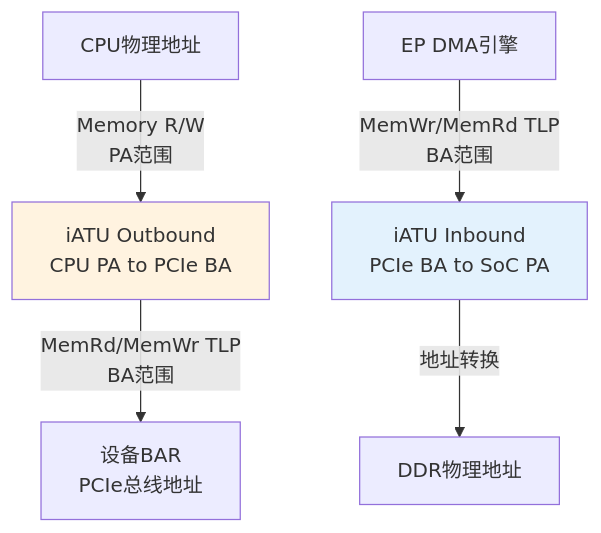
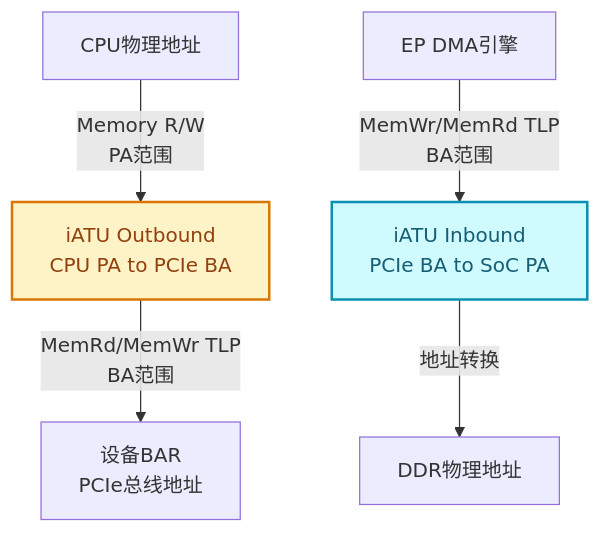
Before and after one commit to swjtuer326/cs-learning-notes: the fifth of 5 diagrams in pcie/bar-resource-allocation.md, drawn with Mermaid. The commit also changed other lines of this file and 1 other file, not shown here.

First line of the commit message:
docs(pcie): 重构BAR资源分配文档，修复ECAM图表格式

````diff
--- a/pcie/bar-resource-allocation.md
+++ b/pcie/bar-resource-allocation.md
@@ -504,11 +748,14 @@
 ```mermaid
 %%{init: {"theme": "base", "themeVariables": {"primaryColor": "#f8fafc", "primaryTextColor": "#1e293b", "primaryBorderColor": "#475569", "lineColor": "#64748b", "secondaryColor": "#f1f5f9", "secondaryBorderColor": "#94a3b8", "tertiaryColor": "#f8fafc", "fontFamily": ""trebuchet ms", verdana, arial, sans-serif"}}}%%
 graph TD
     CPU["CPU物理地址"] -->|"Memory R/W<br/>PA范围"| OUT["iATU Outbound<br/>CPU PA to PCIe BA"]
     OUT -->|"MemRd/MemWr TLP<br/>BA范围"| BAR["设备BAR<br/>PCIe总线地址"]
     DMA["EP DMA引擎"] -->|"MemWr/MemRd TLP<br/>BA范围"| IN["iATU Inbound<br/>PCIe BA to SoC PA"]
     IN -->|"地址转换"| DDR["DDR物理地址"]
 
-    style OUT fill:#fff3e0
-    style IN fill:#e3f2fd
+    classDef outbound fill:#fef3c7, stroke:#d97706, color:#92400e, stroke-width:2px
+    classDef inbound fill:#cffafe, stroke:#0891b2, color:#155e75, stroke-width:2px
+
+    class OUT outbound
+    class IN inbound
 ```
````
